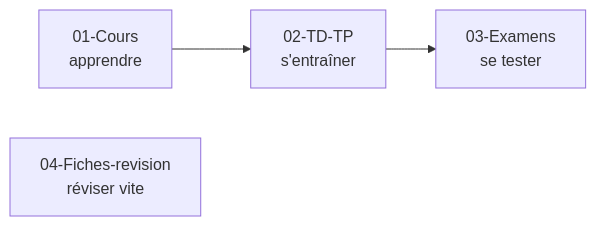
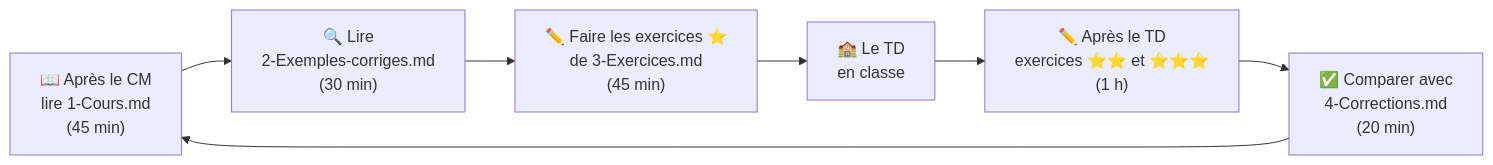
Before and after one commit to oumar5/ALGO-DM: the first of 2 diagrams in README.md, drawn with Mermaid. The commit also changed other lines of this file and 39 other files, not shown here.

````diff
--- a/README.md
+++ b/README.md
@@ -13,5 +36,9 @@
 ```mermaid
 flowchart LR
-    A["01-Cours<br/>apprendre"] --> B["02-TD-TP<br/>s'entraîner"] --> C["03-Examens<br/>se tester"]
-    D["04-Fiches-revision<br/>réviser vite"]
+    A["📖 Après le CM<br/>lire 1-Cours.md<br/>(45 min)"] --> B["🔍 Lire<br/>2-Exemples-corriges.md<br/>(30 min)"]
+    B --> C["✏️ Faire les exercices ⭐<br/>de 3-Exercices.md<br/>(45 min)"]
+    C --> D["🏫 Le TD<br/>en classe"]
+    D --> E["✏️ Après le TD<br/>exercices ⭐⭐ et ⭐⭐⭐<br/>(1 h)"]
+    E --> F["✅ Comparer avec<br/>4-Corrections.md<br/>(20 min)"]
+    F --> A
 ```
````
